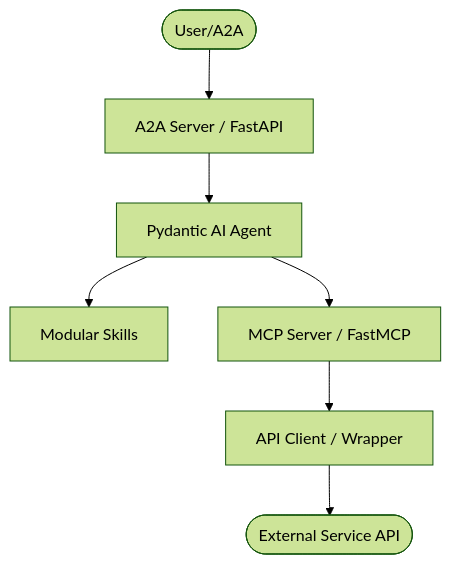
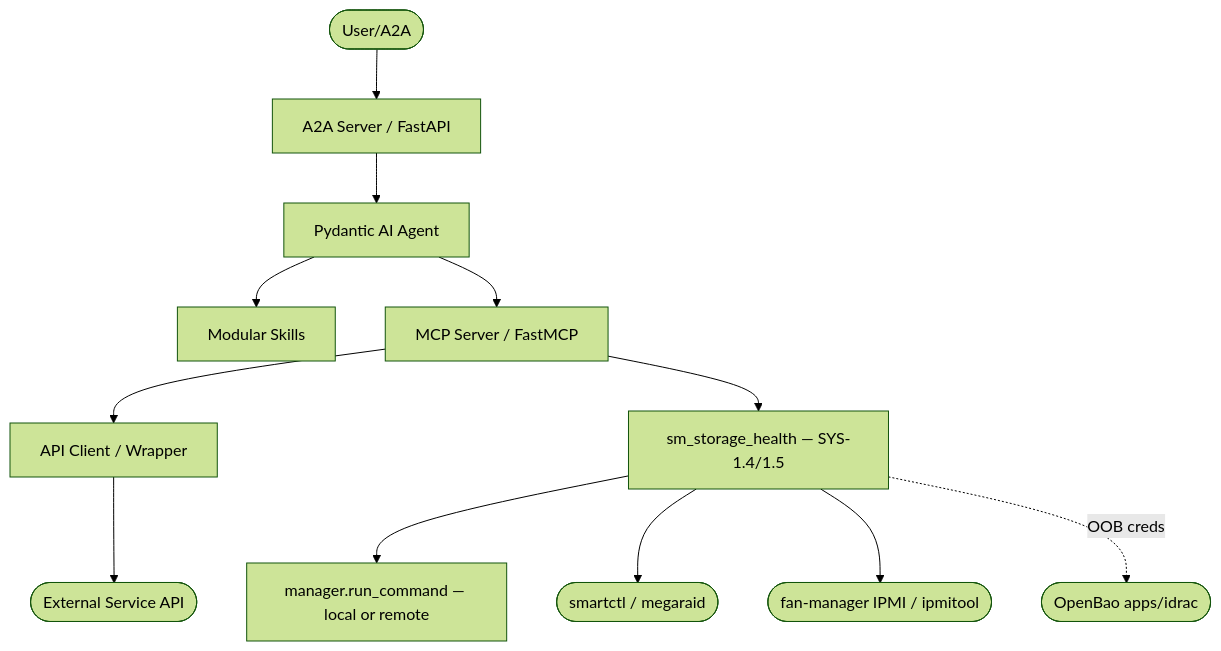
One commit to Knuckles-Team/systems-manager changed the first of 3 diagrams in AGENTS.md. Above: the diagram before and after it, drawn with Mermaid (forest theme). The commit also changed other lines of this file and 14 other files, not shown here.

First line of the commit message:
feat(storage-health): physical disk + BMC drive-fault health (SYS-1.4, SYS-1.5)

````diff
--- a/AGENTS.md
+++ b/AGENTS.md
@@ -16,9 +21,14 @@
 ```mermaid
 graph TD
     User([User/A2A]) --> Server[A2A Server / FastAPI]
     Server --> Agent[Pydantic AI Agent]
     Agent --> Skills[Modular Skills]
     Agent --> MCP[MCP Server / FastMCP]
     MCP --> Client[API Client / Wrapper]
+    MCP --> Storage[sm_storage_health — SYS-1.4/1.5]
+    Storage --> Mgr[manager.run_command — local or remote]
+    Storage --> SMART([smartctl / megaraid])
+    Storage --> BMC([fan-manager IPMI / ipmitool])
+    Storage -.OOB creds.-> Bao([OpenBao apps/idrac])
     Client --> ExternalAPI([External Service API])
 ```
````
